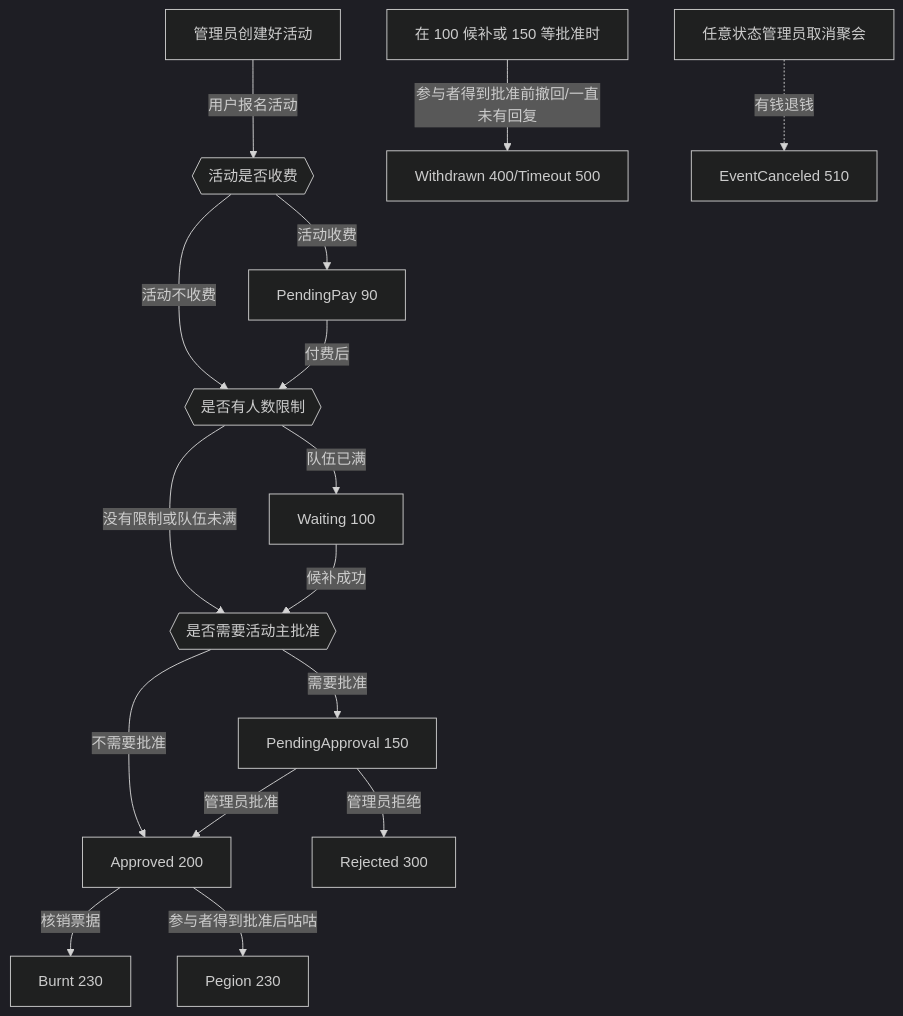
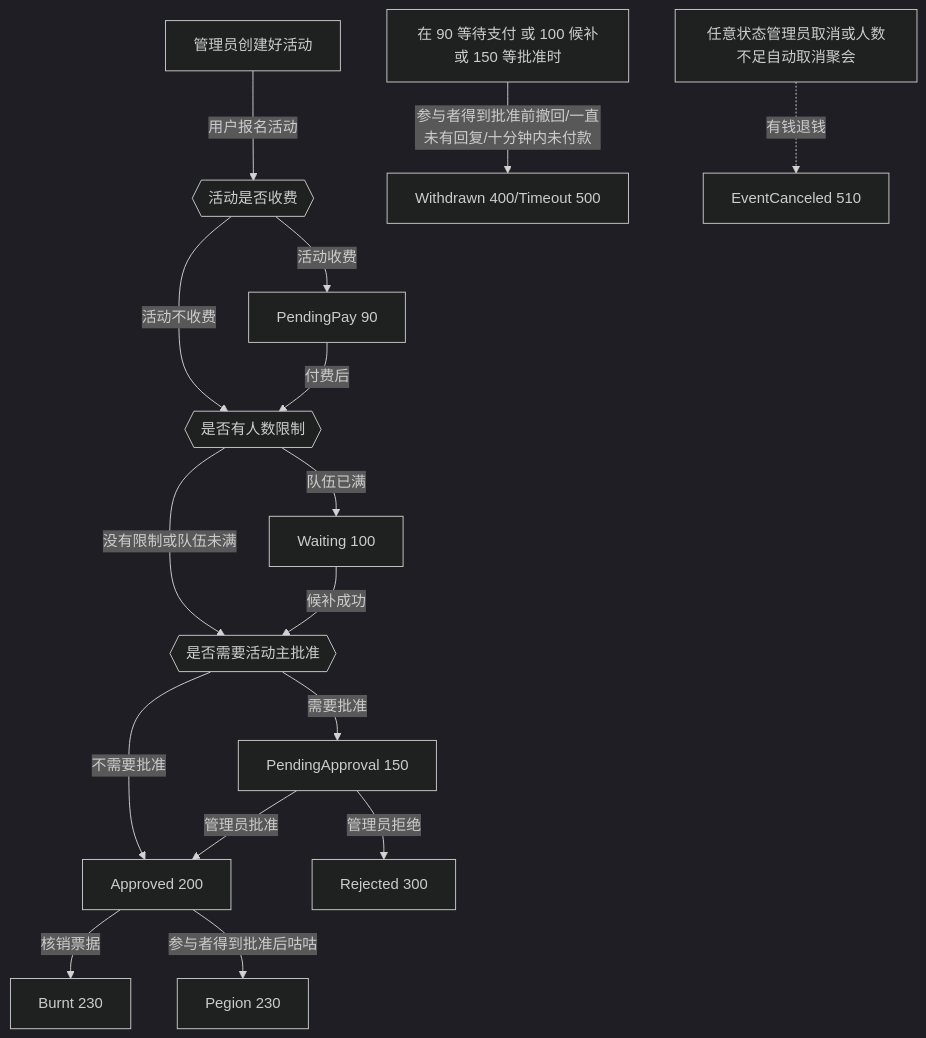
The third of 3 diagrams in designs/ka-mi-fang/ke-kuo-zhan-shang-pin-mo-kuai/dlc-1-ke-shou-mai-piao-ju-ticket.md (kitchen-of-friends/kof-book-tech-docs), drawn with Mermaid (dark theme) before and after one commit.

Commit message:
GITBOOK-35: No subject

````diff
--- a/designs/ka-mi-fang/ke-kuo-zhan-shang-pin-mo-kuai/dlc-1-ke-shou-mai-piao-ju-ticket.md
+++ b/designs/ka-mi-fang/ke-kuo-zhan-shang-pin-mo-kuai/dlc-1-ke-shou-mai-piao-ju-ticket.md
@@ -28,18 +28,18 @@
 ```mermaid
 flowchart TD
     StartAct[管理员创建好活动] --> |用户报名活动| PriceCheck{{活动是否收费}}
     PriceCheck --> |活动收费| PendingPayStep[PendingPay 90]
     PriceCheck --> |活动不收费| FullCheck{{是否有人数限制}}
     PendingPayStep --> |付费后| FullCheck
     FullCheck --> |没有限制或队伍未满| ApprovalCheck{{是否需要活动主批准}}
     FullCheck --> |队伍已满| WaitingStep[Waiting 100]
     WaitingStep --> |候补成功|ApprovalCheck
     ApprovalCheck --> |不需要批准| ApprovedStep[Approved 200]
     ApprovalCheck --> |需要批准| PendingApStep[PendingApproval 150]
     PendingApStep --> |管理员批准| ApprovedStep
     ApprovedStep --> |核销票据| BurntStep[Burnt 230]
     ApprovedStep --> |参与者得到批准后咕咕| PegionStep[Pegion 230]
     PendingApStep --> |管理员拒绝|RejectStep[Rejected 300]
-    WPStep[在 100 候补或 150 等批准时] --> |参与者得到批准前撤回/一直未有回复| WithdrawnStep[Withdrawn 400/Timeout 500]
-    CancelAct[任意状态管理员取消聚会]-.->|有钱退钱|CancelStep[EventCanceled 510]
+    WPStep[在 90 等待支付 或 100 候补或 150 等批准时] --> |参与者得到批准前撤回/一直未有回复/十分钟内未付款| WithdrawnStep[Withdrawn 400/Timeout 500]
+    CancelAct[任意状态管理员取消或人数不足自动取消聚会]-.->|有钱退钱|CancelStep[EventCanceled 510]
 ```
````
